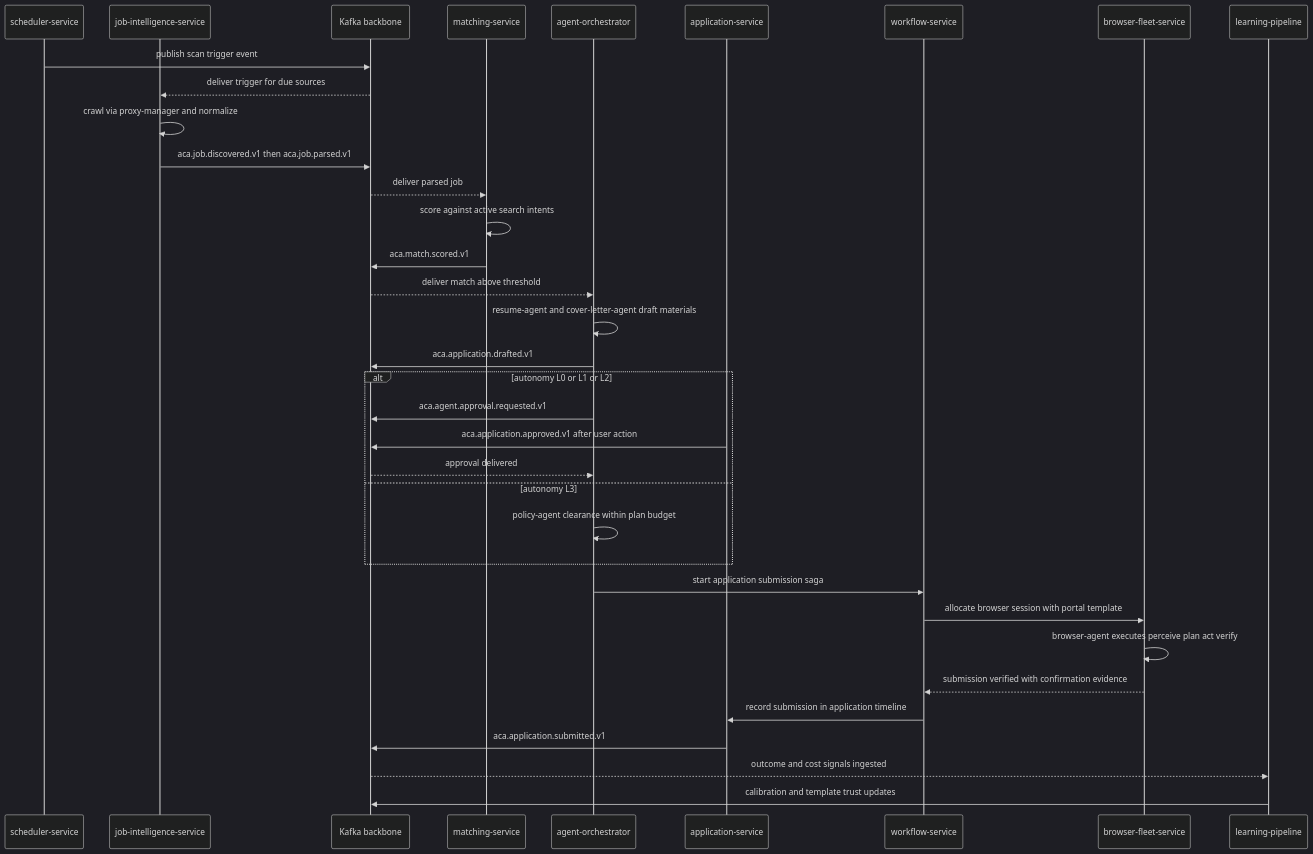
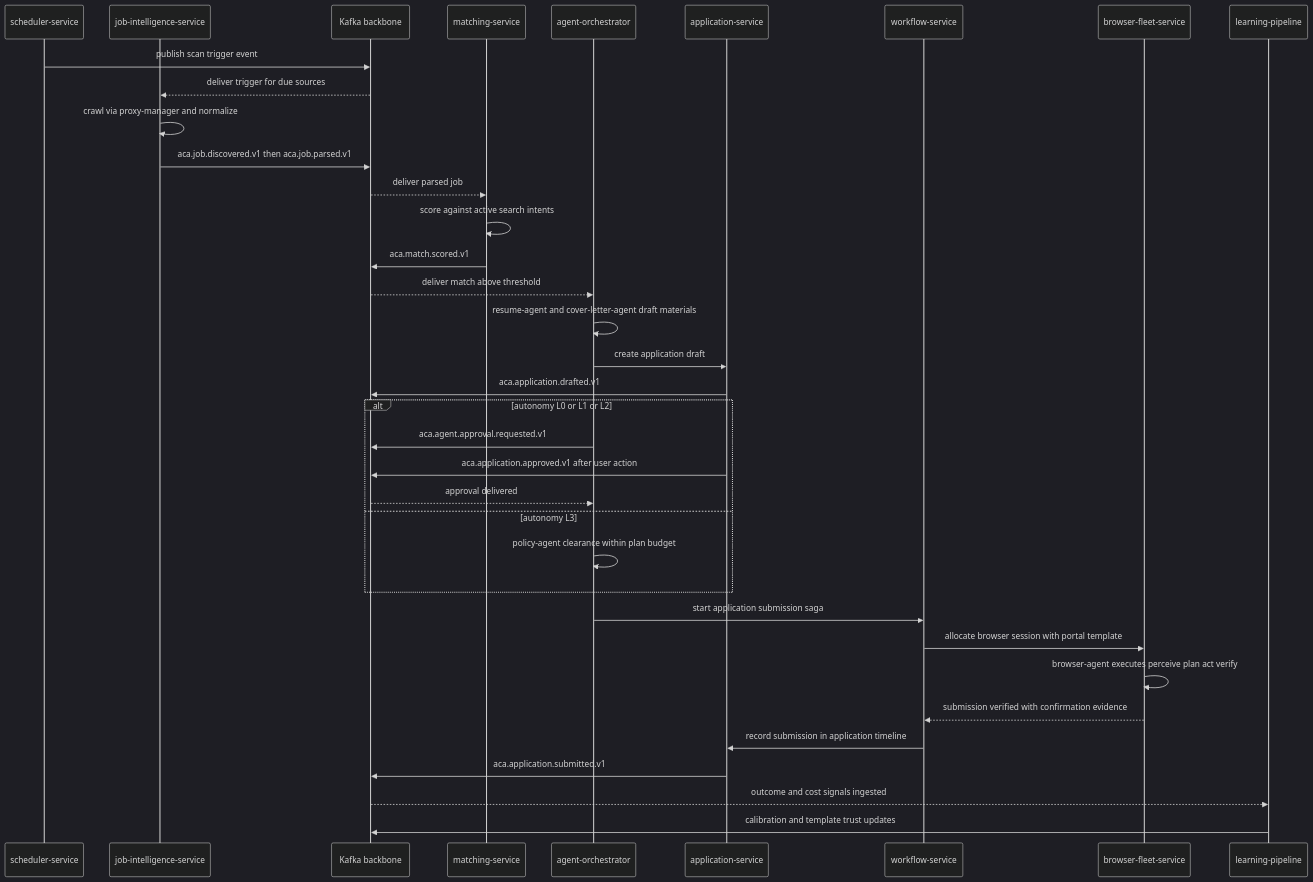
The fifth of 5 diagrams in architecture/volume-1-foundation/05-high-level-architecture.md (abdallahyasser12/jober), drawn with Mermaid (dark theme) before and after one commit. The commit also changed other lines of this file and 9 other files, not shown here.

````diff
--- a/architecture/volume-1-foundation/05-high-level-architecture.md
+++ b/architecture/volume-1-foundation/05-high-level-architecture.md
@@ -286,38 +286,39 @@
 ```mermaid
 sequenceDiagram
     participant SCH as scheduler-service
     participant JIS as job-intelligence-service
     participant K as Kafka backbone
     participant MS as matching-service
     participant AO as agent-orchestrator
     participant AS as application-service
     participant WF as workflow-service
     participant BF as browser-fleet-service
     participant LP as learning-pipeline
 
     SCH->>K: publish scan trigger event
     K-->>JIS: deliver trigger for due sources
     JIS->>JIS: crawl via proxy-manager and normalize
     JIS->>K: aca.job.discovered.v1 then aca.job.parsed.v1
     K-->>MS: deliver parsed job
     MS->>MS: score against active search intents
     MS->>K: aca.match.scored.v1
     K-->>AO: deliver match above threshold
     AO->>AO: resume-agent and cover-letter-agent draft materials
-    AO->>K: aca.application.drafted.v1
+    AO->>AS: create application draft
+    AS->>K: aca.application.drafted.v1
     alt autonomy L0 or L1 or L2
         AO->>K: aca.agent.approval.requested.v1
         AS->>K: aca.application.approved.v1 after user action
         K-->>AO: approval delivered
     else autonomy L3
         AO->>AO: policy-agent clearance within plan budget
     end
     AO->>WF: start application submission saga
     WF->>BF: allocate browser session with portal template
     BF->>BF: browser-agent executes perceive plan act verify
     BF-->>WF: submission verified with confirmation evidence
     WF->>AS: record submission in application timeline
     AS->>K: aca.application.submitted.v1
     K-->>LP: outcome and cost signals ingested
     LP->>K: calibration and template trust updates
 ```
````
